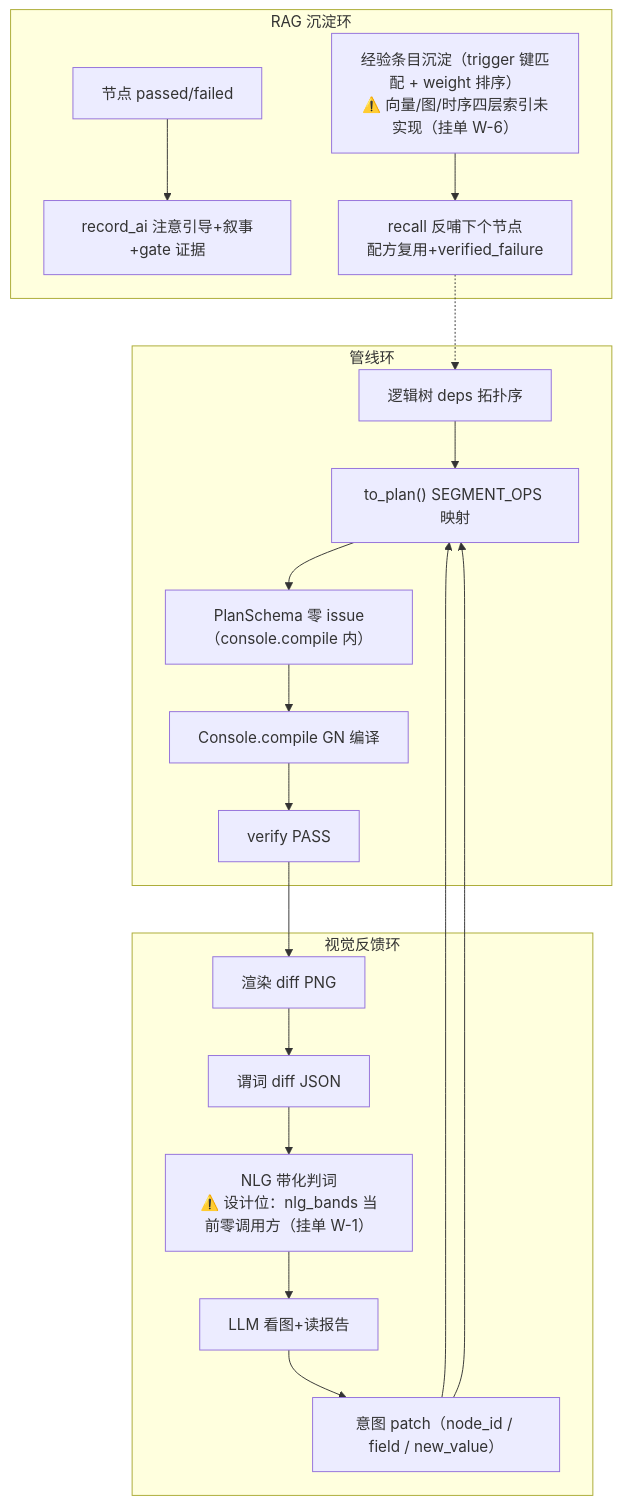
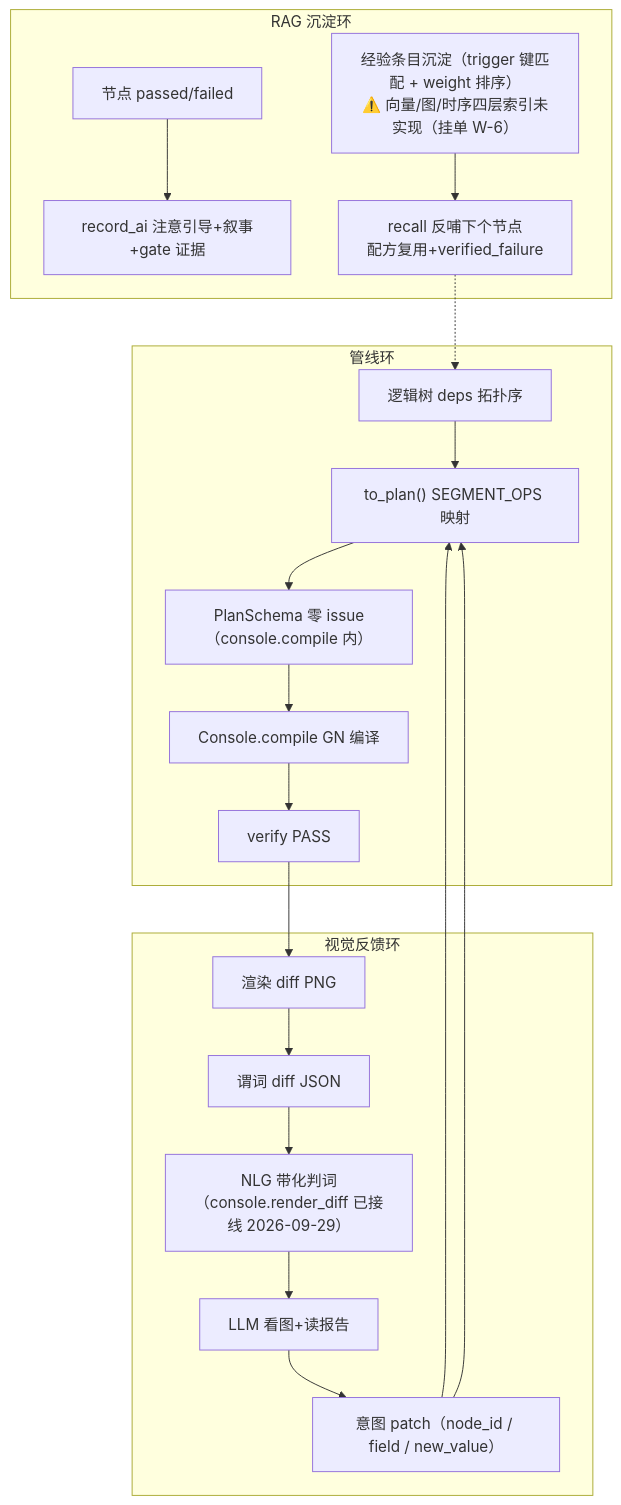
One commit to master666-max/blender-ai-console changed the sixth of 7 diagrams in docs/architecture/architecture_diagrams.md. Above: the diagram before and after it, drawn with Mermaid. The commit also changed other lines of this file and 5 other files, not shown here.

````diff
--- a/docs/architecture/architecture_diagrams.md
+++ b/docs/architecture/architecture_diagrams.md
@@ -328,27 +329,27 @@
 ```mermaid
 graph TD
     subgraph PIPE["管线环"]
         A1["逻辑树 deps 拓扑序"] --> A2["to_plan() SEGMENT_OPS 映射"]
         A2 --> A3["PlanSchema 零 issue（console.compile 内）"]
         A3 --> A4["Console.compile GN 编译"]
         A4 --> A5["verify PASS"]
     end
 
     subgraph VIS["视觉反馈环"]
         B1["渲染 diff PNG"] --> B2["谓词 diff JSON"]
-        B2 --> B3["NLG 带化判词<br/>⚠️ 设计位：nlg_bands 当前零调用方（挂单 W-1）"]
+        B2 --> B3["NLG 带化判词<br/>（console.render_diff 已接线 2026-09-29）"]
         B3 --> B4["LLM 看图+读报告"]
         B4 --> B5["意图 patch（node_id / field / new_value）"]
         B5 --> A2
     end
 
     subgraph RAG["RAG 沉淀环"]
         C1["节点 passed/failed"] --> C2["record_ai 注意引导+叙事+gate 证据"]
         C3["经验条目沉淀（trigger 键匹配 + weight 排序）<br/>⚠️ 向量/图/时序四层索引未实现（挂单 W-6）"]
         C3 --> C4["recall 反哺下个节点<br/>配方复用+verified_failure"]
         C4 -.-> A1
     end
 
     A5 --> B1
     B5 --> A2
 ```
````
